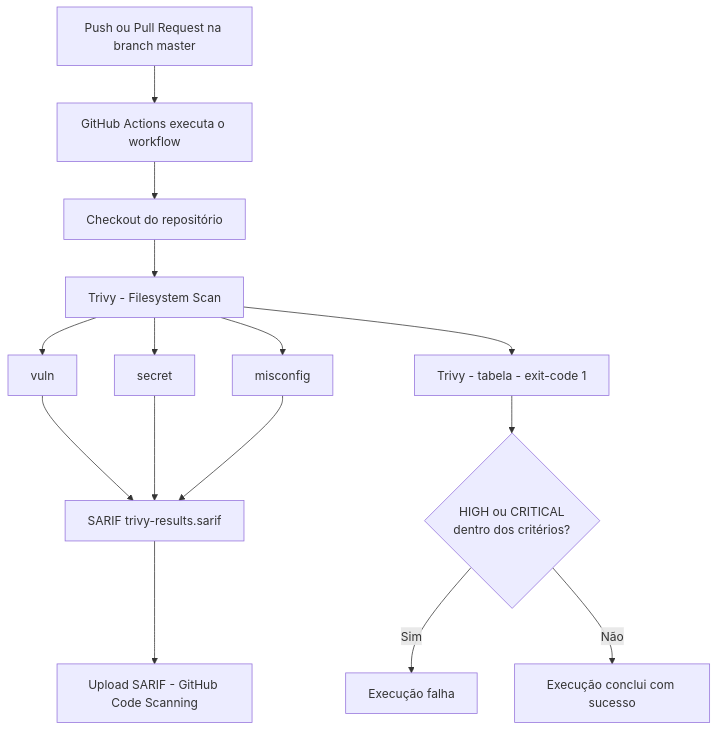
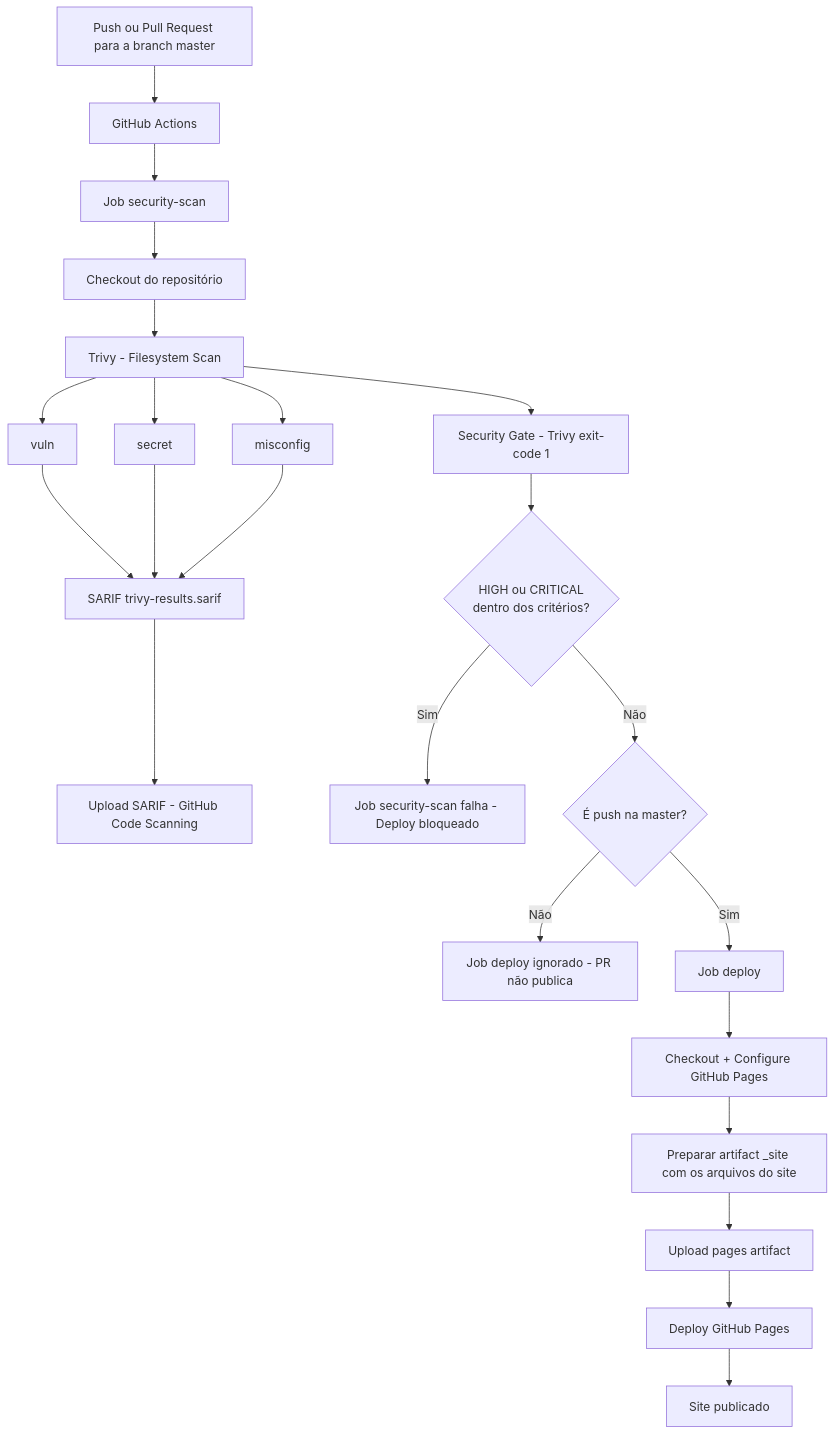
The diagram in README.md (HerissonS/Site-Pessoal), drawn with Mermaid before and after one commit. The commit also changed other lines of this file and 1 other file, not shown here.

Commit message:
Atualizacao workflow

````diff
--- a/README.md
+++ b/README.md
@@ -137,17 +137,25 @@
 ```mermaid
 flowchart TD
-    A[Push ou Pull Request na branch master] --> B[GitHub Actions executa o workflow]
-    B --> C[Checkout do repositório]
-    C --> D[Trivy - Filesystem Scan]
-    D --> E1[vuln]
-    D --> E2[secret]
-    D --> E3[misconfig]
-    E1 --> F[SARIF trivy-results.sarif]
-    E2 --> F
-    E3 --> F
+    A[Push ou Pull Request para a branch master] --> B[GitHub Actions]
+    B --> C[Job security-scan]
+    C --> D[Checkout do repositório]
+    D --> E[Trivy - Filesystem Scan]
+    E --> S1[vuln]
+    E --> S2[secret]
+    E --> S3[misconfig]
+    S1 --> F[SARIF trivy-results.sarif]
+    S2 --> F
+    S3 --> F
     F --> G[Upload SARIF - GitHub Code Scanning]
-    D --> H[Trivy - tabela - exit-code 1]
-    H --> I{HIGH ou CRITICAL\ndentro dos critérios?}
-    I -- Sim --> J[Execução falha]
-    I -- Não --> K[Execução conclui com sucesso]
+    E --> H[Security Gate - Trivy exit-code 1]
+    H --> I{HIGH ou CRITICAL<br/>dentro dos critérios?}
+    I -- Sim --> J[Job security-scan falha - Deploy bloqueado]
+    I -- Não --> K{É push na master?}
+    K -- Não --> L[Job deploy ignorado - PR não publica]
+    K -- Sim --> M[Job deploy]
+    M --> N[Checkout + Configure GitHub Pages]
+    N --> O[Preparar artifact _site com os arquivos do site]
+    O --> P[Upload pages artifact]
+    P --> Q[Deploy GitHub Pages]
+    Q --> R[Site publicado]
 ```
````
